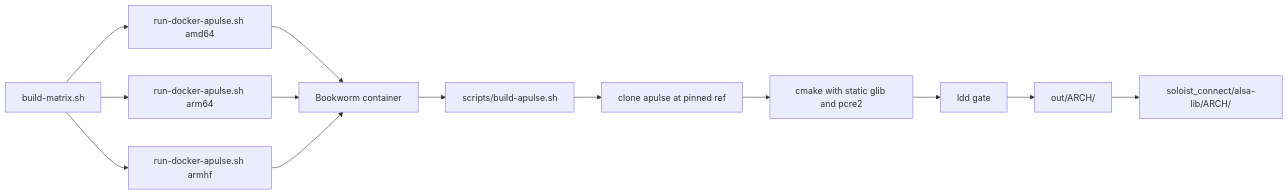
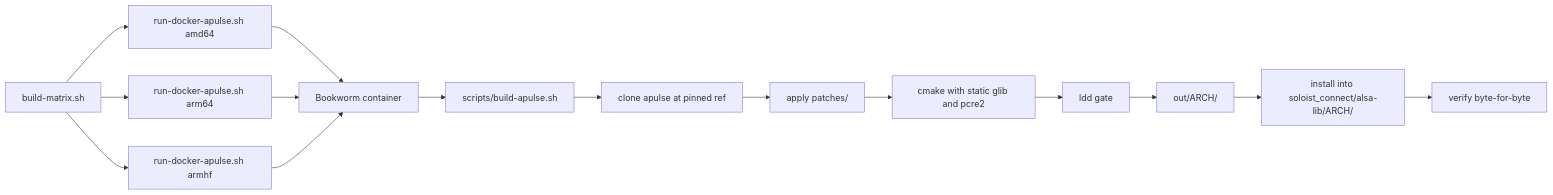
Before and after one commit to foonerd/alsa_soloist_connect: the second of 4 diagrams in README.md, drawn with Mermaid. The commit also changed other lines of this file and 3 other files, not shown here.

````diff
--- a/README.md
+++ b/README.md
@@ -71,15 +74,17 @@
 ```mermaid
 flowchart LR
     A["build-matrix.sh"] --> B["run-docker-apulse.sh amd64"]
     A --> C["run-docker-apulse.sh arm64"]
     A --> D["run-docker-apulse.sh armhf"]
     B --> E["Bookworm container"]
     C --> E
     D --> E
     E --> F["scripts/build-apulse.sh"]
     F --> G["clone apulse at pinned ref"]
-    G --> H["cmake with static glib and pcre2"]
-    H --> I["ldd gate"]
-    I --> J["out/ARCH/"]
-    J --> K["soloist_connect/alsa-lib/ARCH/"]
+    G --> H["apply patches/"]
+    H --> I["cmake with static glib and pcre2"]
+    I --> J["ldd gate"]
+    J --> K["out/ARCH/"]
+    K --> L["install into soloist_connect/alsa-lib/ARCH/"]
+    L --> M["verify byte-for-byte"]
 ```
````
